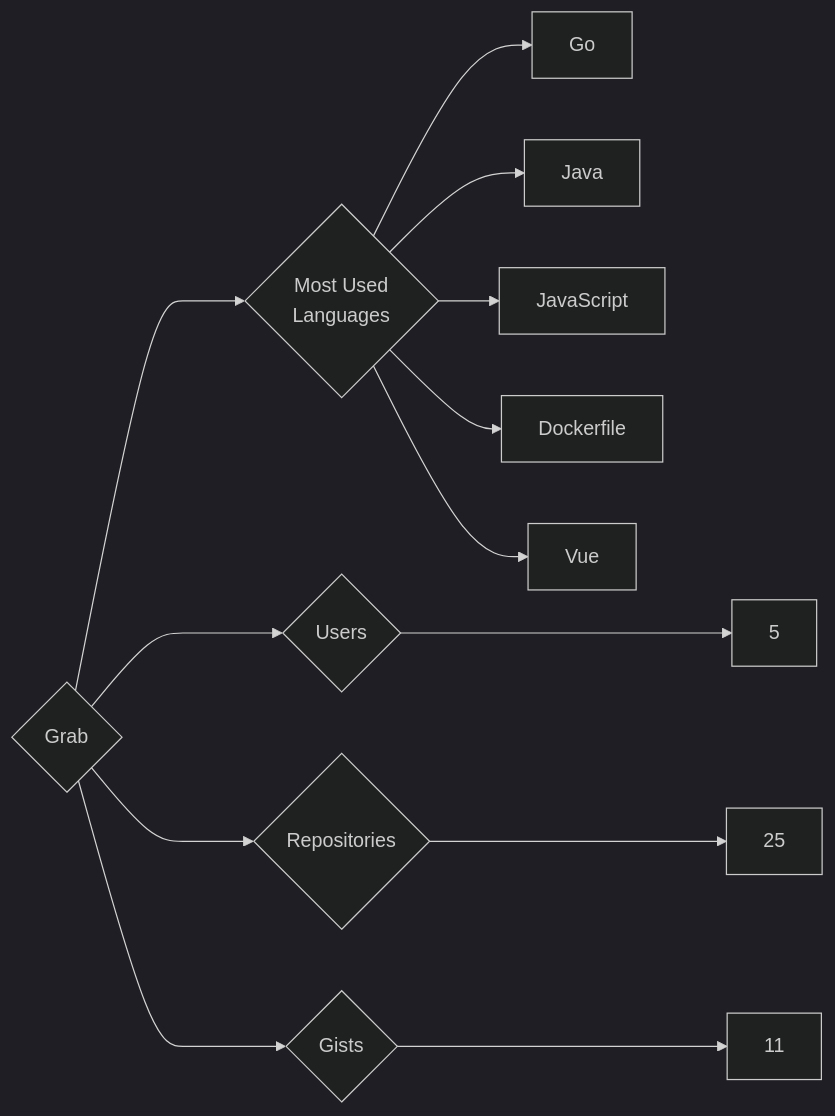
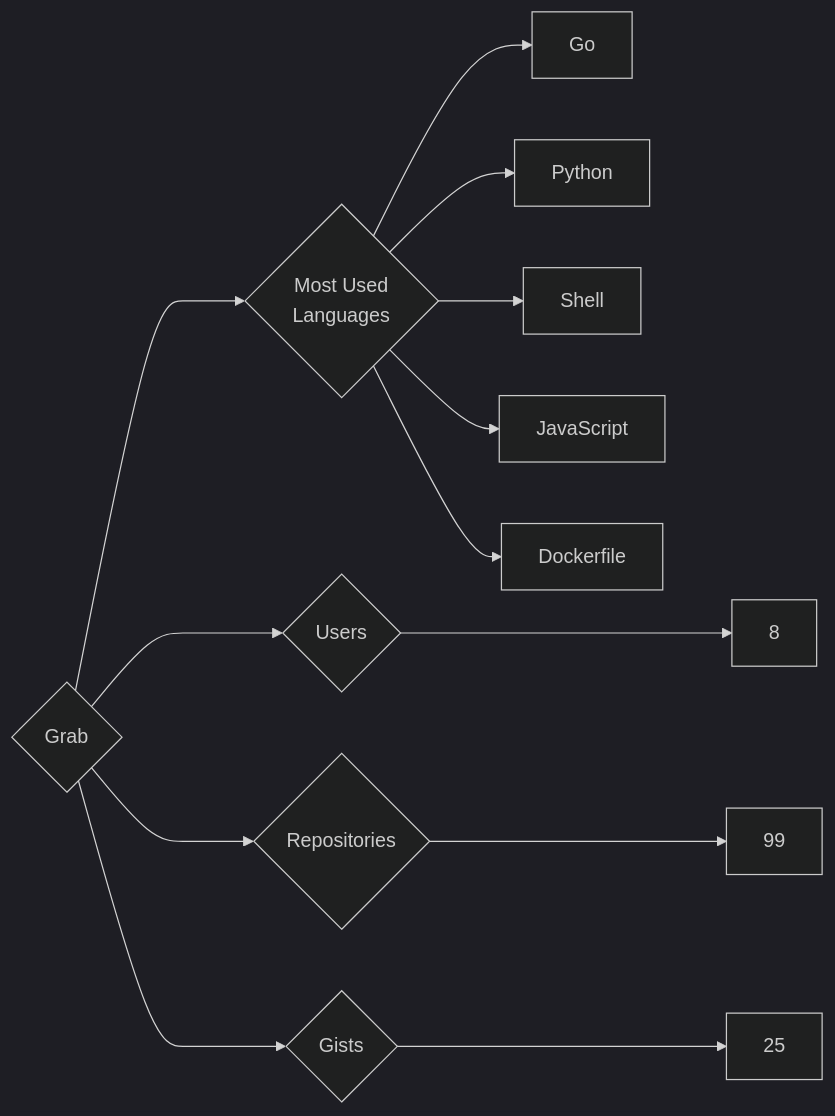
Before and after one commit to trickest/insiders: the diagram in targets/Grab/README.md, drawn with Mermaid (dark theme). The commit also changed 1092 other files, not shown here.

````diff
--- a/targets/Grab/README.md
+++ b/targets/Grab/README.md
@@ -3,13 +3,13 @@
 ```mermaid
 graph LR
 COMPANY_NAME{Grab}
-COMPANY_NAME ---> U{Users} ---> UN[5]
-COMPANY_NAME ---> R{Repositories} ---> RN[25]
-COMPANY_NAME ---> G{Gists} ---> GN[11]
+COMPANY_NAME ---> U{Users} ---> UN[8]
+COMPANY_NAME ---> R{Repositories} ---> RN[99]
+COMPANY_NAME ---> G{Gists} ---> GN[25]
 COMPANY_NAME ---> ML{Most Used<br>Languages}
 ML --> Go[Go]
-ML --> Java[Java]
+ML --> Python[Python]
+ML --> Shell[Shell]
 ML --> JavaScript[JavaScript]
 ML --> Dockerfile[Dockerfile]
-ML --> Vue[Vue]
 ```
````
